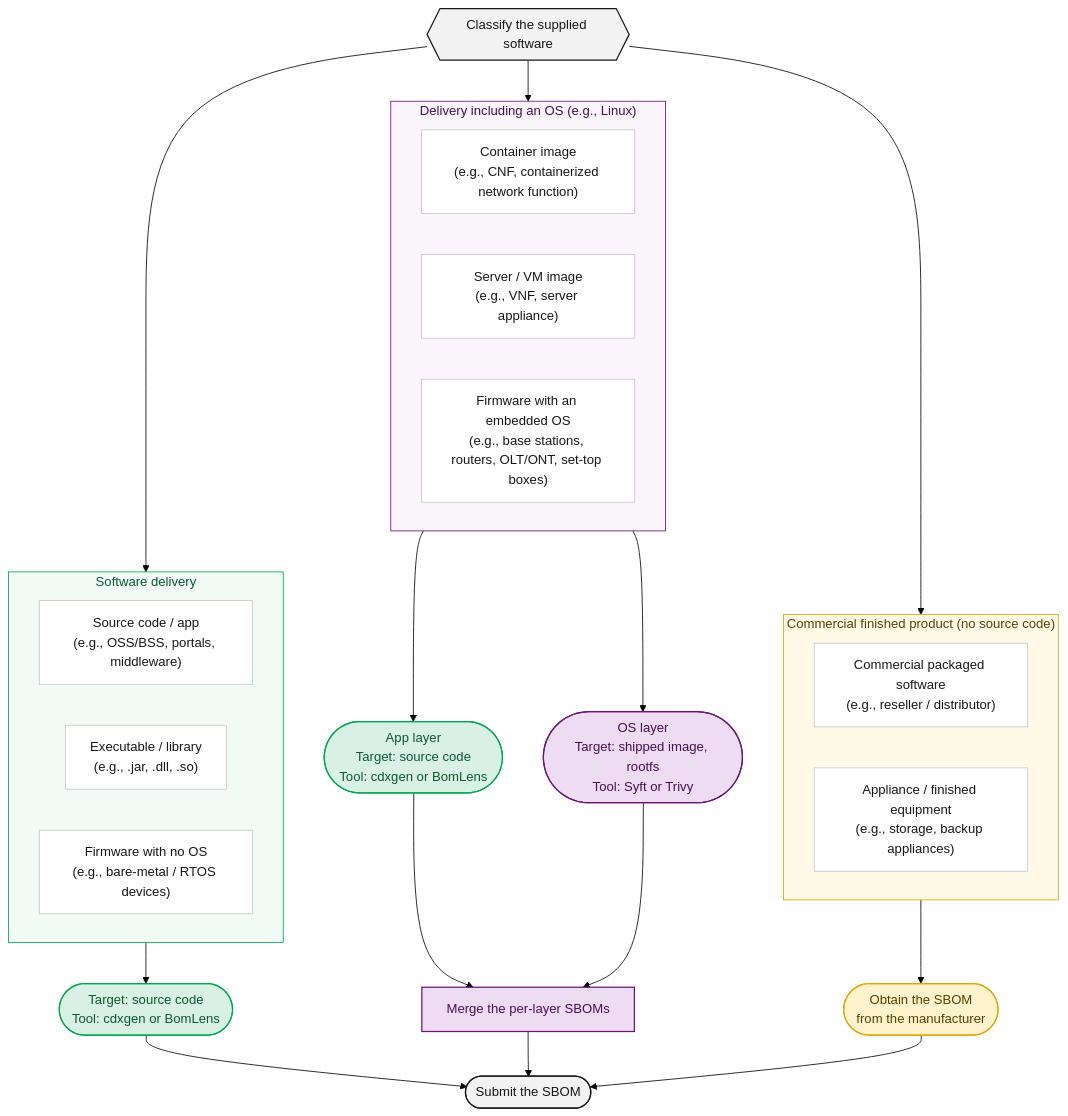
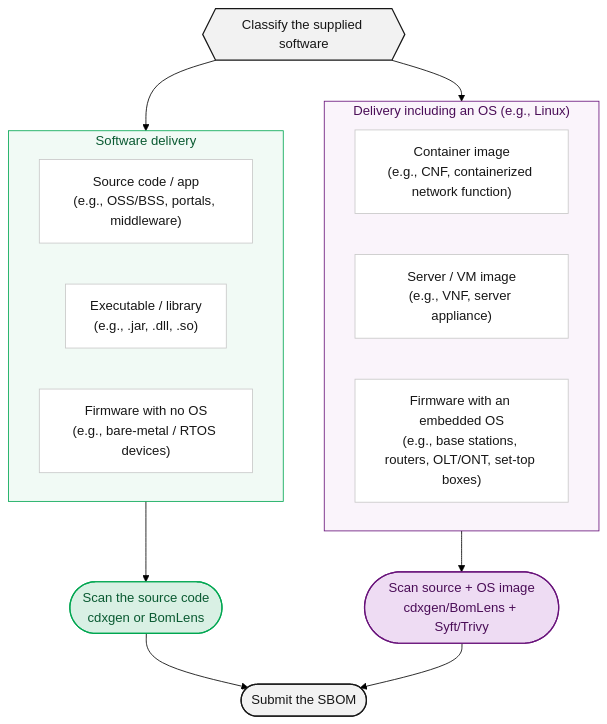
The diagram in content/en/guide/supply-chain/for-suppliers/creation-guide/_index.md (sktelecom/sktelecom.github.io), drawn with Mermaid (forest theme) before and after one commit. The commit also changed 1 other file, not shown here.

Commit message:
docs(supply-chain): revert tool selection diagram to the original layout
Keep the body text updates (self-developed wording and the commercial
software pointer) but restore the diagram as it was before #258.

````diff
--- a/content/en/guide/supply-chain/for-suppliers/creation-guide/_index.md
+++ b/content/en/guide/supply-chain/for-suppliers/creation-guide/_index.md
@@ -14,59 +14,40 @@
 ```mermaid
 graph TD
     A{{"Classify the supplied software"}}
 
     subgraph G1["Software delivery"]
       direction LR
       T1["Source code / app<br>(e.g., OSS/BSS, portals, middleware)"]
       T2["Executable / library<br>(e.g., .jar, .dll, .so)"]
       T3["Firmware with no OS<br>(e.g., bare-metal / RTOS devices)"]
     end
 
     subgraph G2["Delivery including an OS (e.g., Linux)"]
       direction LR
       T4["Container image<br>(e.g., CNF, containerized network function)"]
       T5["Server / VM image<br>(e.g., VNF, server appliance)"]
       T6["Firmware with an embedded OS<br>(e.g., base stations, routers, OLT/ONT, set-top boxes)"]
     end
 
-    subgraph G3["Commercial finished product (no source code)"]
-      direction LR
-      T7["Commercial packaged software<br>(e.g., reseller / distributor)"]
-      T8["Appliance / finished equipment<br>(e.g., storage, backup appliances)"]
-    end
-
     A --> G1
     A --> G2
-    A --> G3
-
-    G1 --> M1(["Target: source code<br>Tool: cdxgen or BomLens"])
-
-    G2 --> L1(["App layer<br>Target: source code<br>Tool: cdxgen or BomLens"])
-    G2 --> L2(["OS layer<br>Target: shipped image, rootfs<br>Tool: Syft or Trivy"])
-    L1 --> MG["Merge the per-layer SBOMs"]
-    L2 --> MG
-
-    G3 --> M3(["Obtain the SBOM<br>from the manufacturer"])
-
+    G1 --> M1(["Scan the source code<br>cdxgen or BomLens"])
+    G2 --> M2(["Scan source + OS image<br>cdxgen/BomLens + Syft/Trivy"])
     M1 --> P(["Submit the SBOM"])
-    MG --> P
-    M3 --> P
+    M2 --> P
 
     classDef start fill:#F2F2F2,stroke:#171717,color:#171717,stroke-width:1.5px
     classDef typebox fill:#ffffff,stroke:#c8c8c8,color:#171717,stroke-width:1px
     classDef source fill:#D9F0E4,stroke:#00A651,color:#0A5A32,stroke-width:1.5px
     classDef osmerge fill:#EEDCF3,stroke:#68127A,color:#4A0D57,stroke-width:1.5px
-    classDef vendor fill:#FFF3CD,stroke:#E0A800,color:#5A4100,stroke-width:1.5px
     classDef submit fill:#F2F2F2,stroke:#171717,color:#171717,stroke-width:1.5px
 
     class A start
-    class T1,T2,T3,T4,T5,T6,T7,T8 typebox
-    class M1,L1 source
-    class L2,MG osmerge
-    class M3 vendor
+    class T1,T2,T3,T4,T5,T6 typebox
+    class M1 source
+    class M2 osmerge
     class P submit
 
     style G1 fill:#F1FAF5,stroke:#00A651,stroke-width:1px,color:#0A5A32
     style G2 fill:#FAF4FB,stroke:#68127A,stroke-width:1px,color:#4A0D57
-    style G3 fill:#FFF9E8,stroke:#E0A800,stroke-width:1px,color:#5A4100
 ```
````
